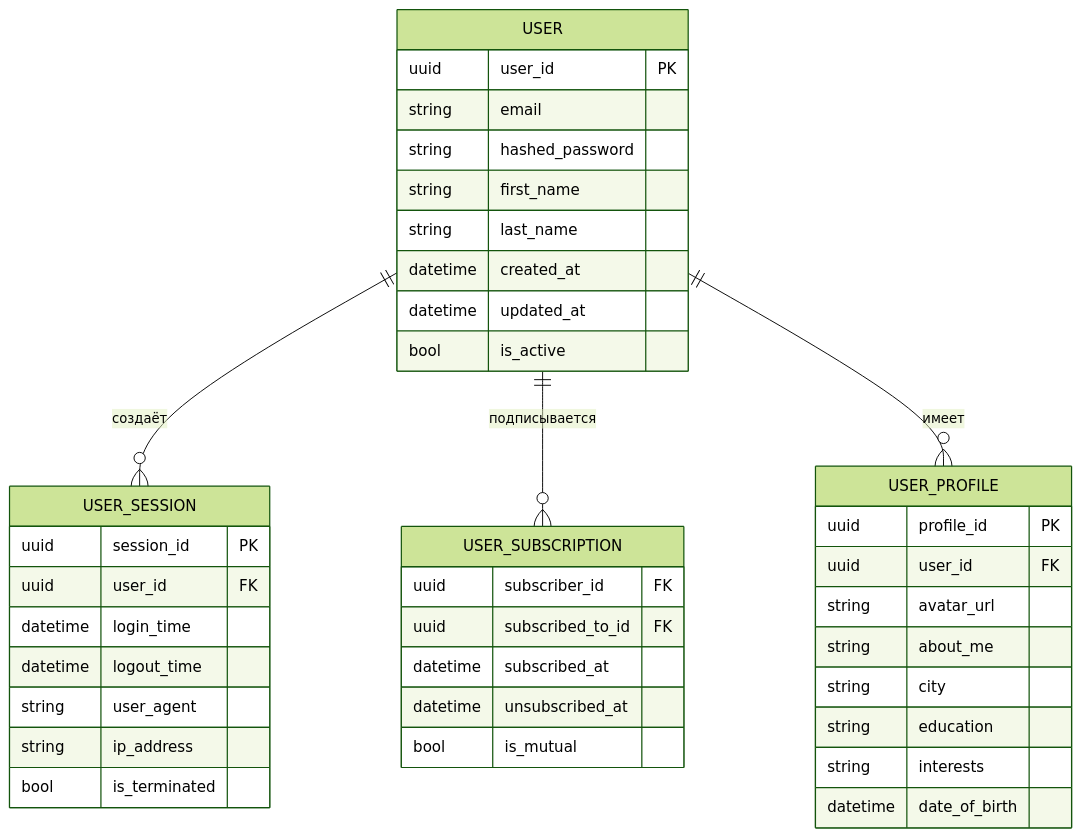
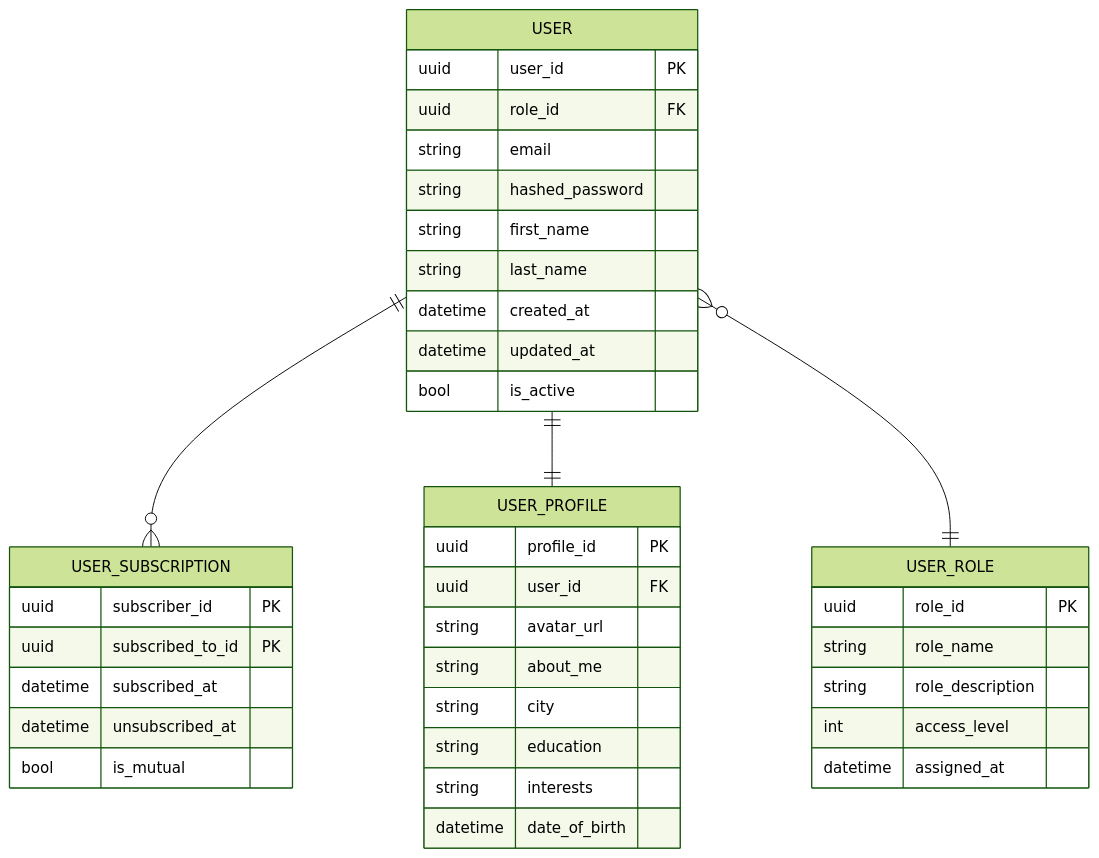
Before and after one commit to lavsasha/social-network-platform: the diagram in docs/er_user_service.mermaid, drawn with Mermaid (forest theme). The commit also changed 5 other files, not shown here.

```diff
--- a/docs/er_user_service.mermaid
+++ b/docs/er_user_service.mermaid
@@ -1,44 +1,44 @@
 erDiagram
   USER {
     uuid user_id PK
+    uuid role_id FK
     string email
     string hashed_password
     string first_name
     string last_name
     datetime created_at
     datetime updated_at
     bool is_active
   }
 
-  USER_SESSION {
-    uuid session_id PK
-    uuid user_id FK
-    datetime login_time
-    datetime logout_time
-    string user_agent
-    string ip_address
-    bool is_terminated
-  }
 
   USER_SUBSCRIPTION {
-    uuid subscriber_id FK
-    uuid subscribed_to_id FK
+    uuid subscriber_id PK
+    uuid subscribed_to_id PK
     datetime subscribed_at
     datetime unsubscribed_at
     bool is_mutual
   }
 
   USER_PROFILE {
     uuid profile_id PK
     uuid user_id FK
     string avatar_url
     string about_me
     string city
     string education
     string interests
     datetime date_of_birth
   }
 
-  USER ||--o{ USER_SESSION : "создаёт"
-  USER ||--o{ USER_SUBSCRIPTION : "подписывается"
-  USER ||--o{ USER_PROFILE : "имеет"
+  USER_ROLE {
+    uuid role_id PK
+    string role_name
+    string role_description
+    int access_level
+    datetime assigned_at
+  }
+
+  USER ||--o{ USER_SUBSCRIPTION : ""
+  USER ||--|| USER_PROFILE : ""
+  USER }o--|| USER_ROLE : ""
```
